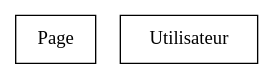
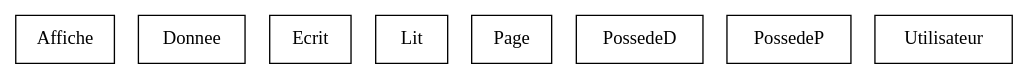
Before and after one commit to juliette39/reseau_social: the diagram in bdp/reseau_social.dot, drawn with Graphviz. The commit also changed 13 other files, not shown here.

```diff
--- a/bdp/reseau_social.dot
+++ b/bdp/reseau_social.dot
@@ -1,5 +1,11 @@
 digraph {
+Affiche [ label=" Affiche " shape= box ]
+Donnee [ label=" Donnee " shape= box ]
+Ecrit [ label=" Ecrit " shape= box ]
+Lit [ label=" Lit " shape= box ]
 Page [ label=" Page " shape= box ]
+PossedeD [ label=" PossedeD " shape= box ]
+PossedeP [ label=" PossedeP " shape= box ]
 Utilisateur [ label=" Utilisateur " shape= box ]
 
 }
```
